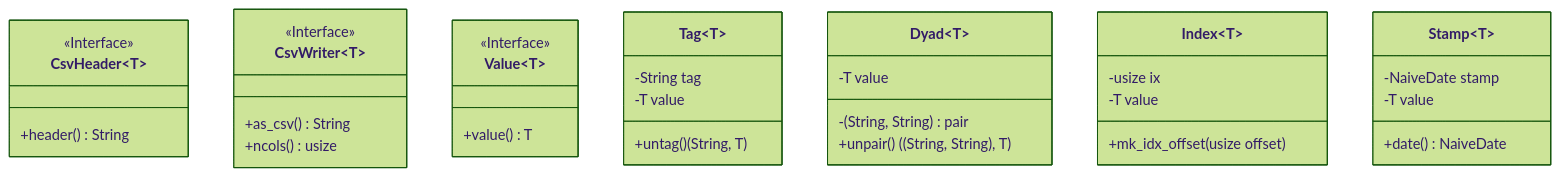
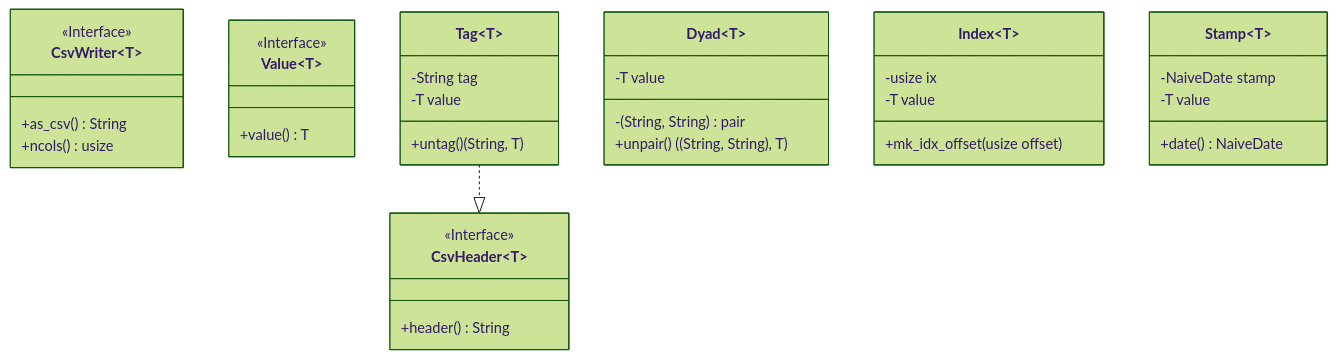
Before and after one commit to logicalgraphs/crypto-n-rust: the diagram in src/libs/book/types/README.md, drawn with Mermaid (forest theme).

Commit message:
first line of inheritance, 2026-01-25

````diff
--- a/src/libs/book/types/README.md
+++ b/src/libs/book/types/README.md
@@ -6,37 +6,38 @@
 ```mermaid
 classDiagram
 
 	class CsvHeader~T~{
 		<<Interface>>
 		+header() String
 	}
 	class CsvWriter~T~{
 		<<Interface>>
 		+as_csv() String
 		+ncols() usize
 	}
         class Value~T~{
 		<<Interface>>
                 +value() T
         }
 	class Tag~T~{
 		-String tag
 		-T value
                 +untag() (String, T)
 	}
 	class Dyad~T~{
 		-(String, String) pair
 		-T value
 		+unpair() ((String, String), T)
 	}
 	class Index~T~{
 		-usize ix
 		-T value
 		+mk_idx_offset(usize offset)
 	}
         class Stamp~T~{
 		-NaiveDate stamp
 		-T value
 		+date() NaiveDate
 	}
+	Tag~T~ ..|> CsvHeader~T~
 ```
````
